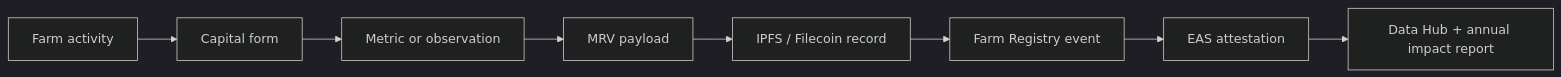
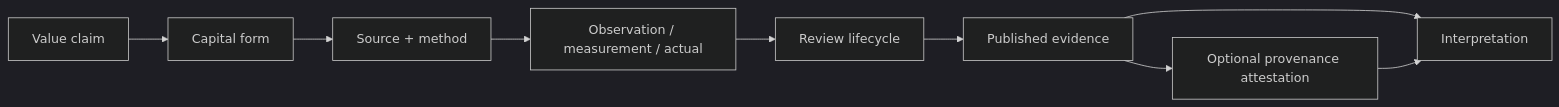
The third of 3 diagrams in kokonut-framework/framework-components/framework-features/8-forms-of-capital.mdx (wasalo/Kokonut-Public-Site), drawn with Mermaid (dark theme) before and after one commit. The commit also changed other lines of this file, not shown here.

Commit message:
docs(kokonut-framework): improve 8 forms of capital

````diff
--- a/kokonut-framework/framework-components/framework-features/8-forms-of-capital.mdx
+++ b/kokonut-framework/framework-components/framework-features/8-forms-of-capital.mdx
@@ -312,10 +735,12 @@
 ```mermaid
 flowchart LR
-    A["Farm activity"] --> B["Capital form"]
-    B --> C["Metric or observation"]
-    C --> D["MRV payload"]
-    D --> E["IPFS / Filecoin record"]
-    E --> F["Farm Registry event"]
-    F --> G["EAS attestation"]
-    G --> H["Data Hub + annual impact report"]
+    A["Value claim"] --> B["Capital form"]
+    B --> C["Source + method"]
+    C --> D["Observation / measurement / actual"]
+    D --> E["Review lifecycle"]
+    E --> F["Published evidence"]
+    F --> G["Interpretation"]
+
+    F --> H["Optional provenance attestation"]
+    H --> G
 ```
````
